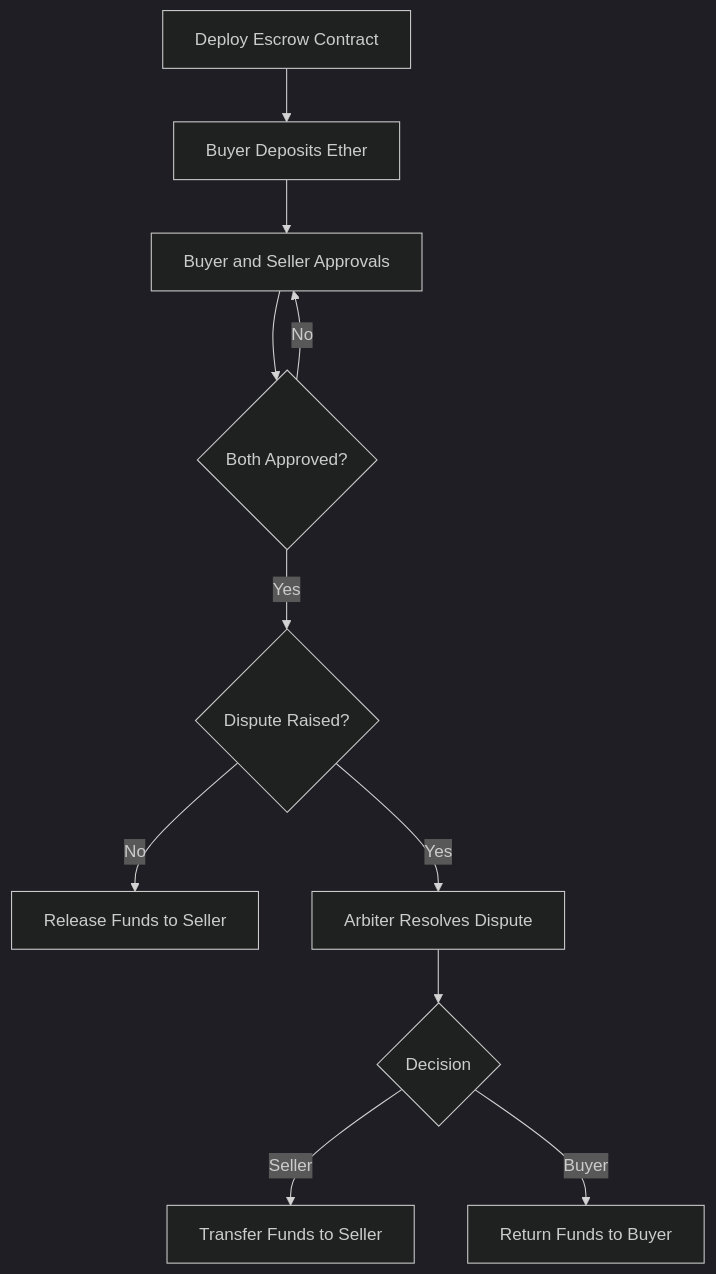
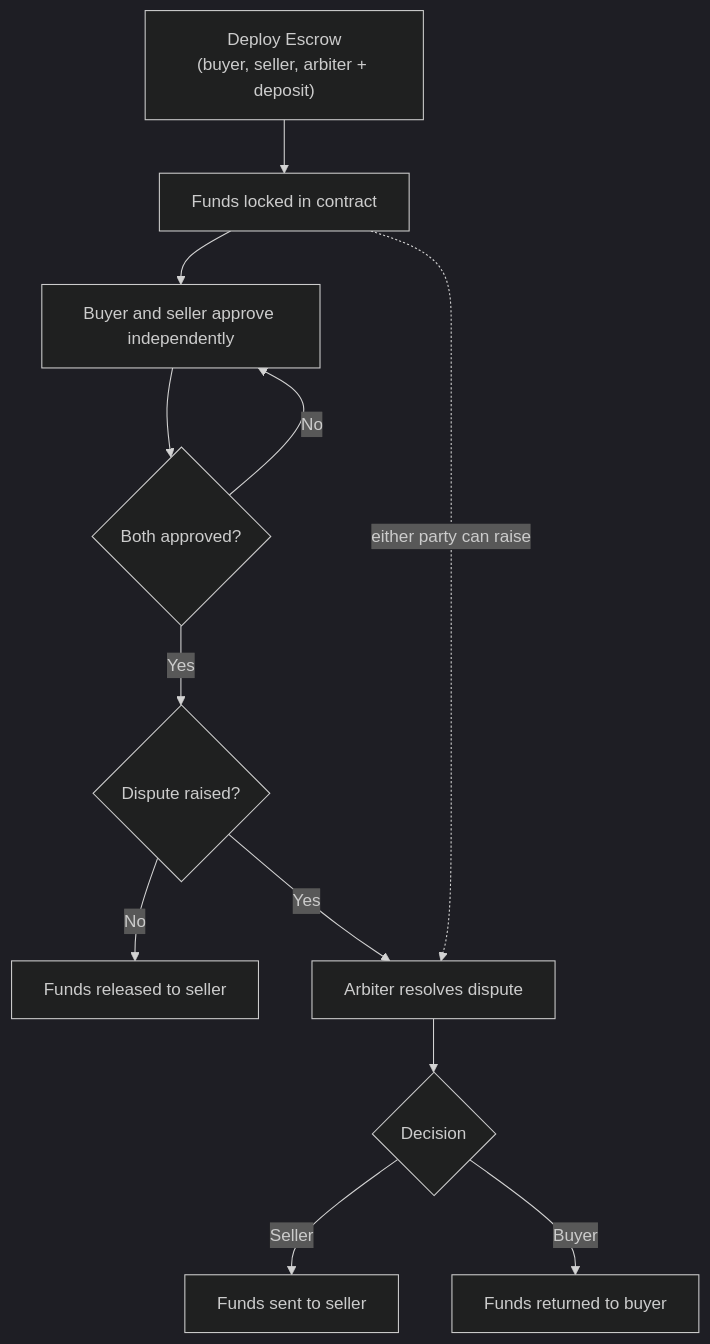
The first of 2 diagrams in README.md (Hassan5737/escrow-smart-contract), drawn with Mermaid (dark theme) before and after one commit. The commit also changed other lines of this file, not shown here.

Commit message:
docs: rewrite README with live demo, verification and architecture

````diff
--- a/README.md
+++ b/README.md
@@ -100,13 +70,14 @@
 ```mermaid
 flowchart TD
-    A["Deploy Escrow Contract"] --> B["Buyer Deposits Ether"]
-    B --> C["Buyer and Seller Approvals"]
-    C --> D{"Both Approved?"}
+    A["Deploy Escrow<br/>(buyer, seller, arbiter + deposit)"] --> B["Funds locked in contract"]
+    B --> C["Buyer and seller approve independently"]
+    C --> D{"Both approved?"}
     D -- No --> C
-    D -- Yes --> E{"Dispute Raised?"}
-    E -- No --> F["Release Funds to Seller"]
-    E -- Yes --> G["Arbiter Resolves Dispute"]
+    D -- Yes --> E{"Dispute raised?"}
+    E -- No --> F["Funds released to seller"]
+    E -- Yes --> G["Arbiter resolves dispute"]
+    B -. "either party can raise" .-> G
     G --> H{"Decision"}
-    H -- Seller --> I["Transfer Funds to Seller"]
-    H -- Buyer --> J["Return Funds to Buyer"]
+    H -- Seller --> I["Funds sent to seller"]
+    H -- Buyer --> J["Funds returned to buyer"]
 ```
````
